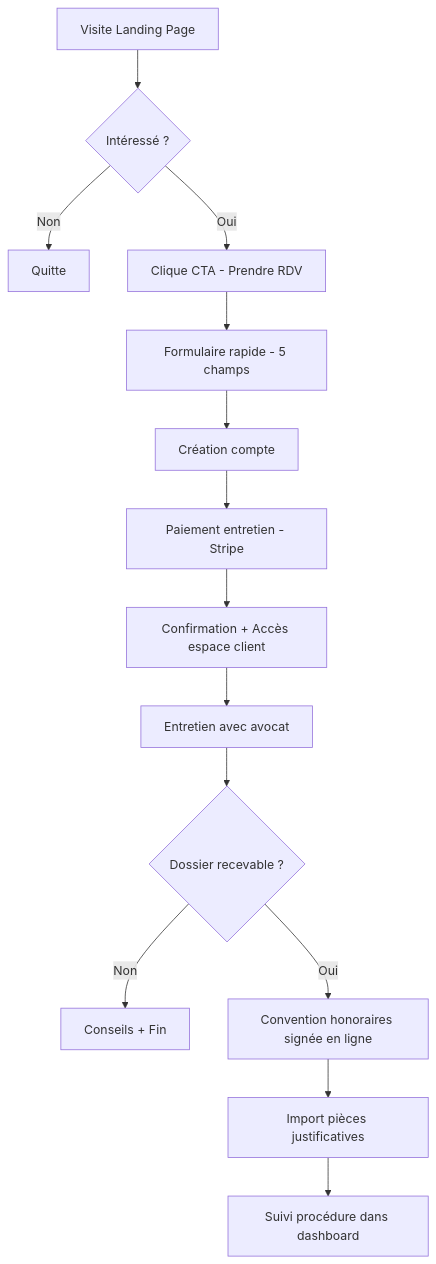
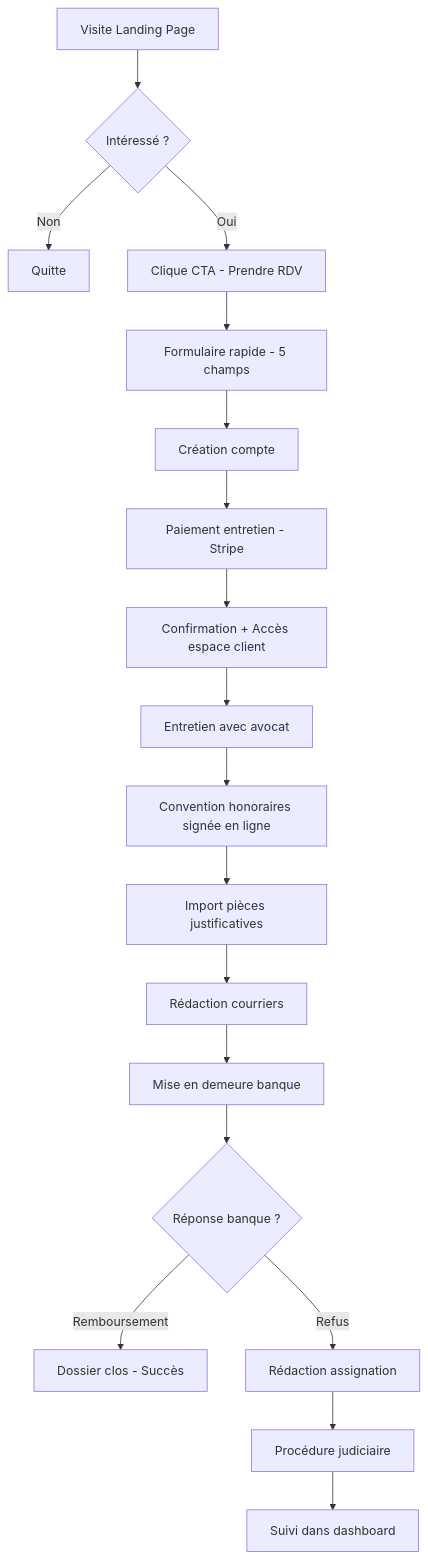
The first of 4 diagrams in README.md (NMajster/Corentin-app), drawn with Mermaid before and after one commit.

Commit message:
Update: Parcours juridique complet - courriers, mise en demeure, assignation

````diff
--- a/README.md
+++ b/README.md
@@ -61,16 +61,20 @@
 ```mermaid
 flowchart TD
     A[Visite Landing Page] --> B{Intéressé ?}
     B -->|Non| Z[Quitte]
     B -->|Oui| C[Clique CTA - Prendre RDV]
     C --> D[Formulaire rapide - 5 champs]
     D --> E[Création compte]
     E --> F[Paiement entretien - Stripe]
     F --> G[Confirmation + Accès espace client]
     G --> H[Entretien avec avocat]
-    H --> I{Dossier recevable ?}
-    I -->|Non| K[Conseils + Fin]
-    I -->|Oui| J[Convention honoraires signée en ligne]
-    J --> L[Import pièces justificatives]
-    L --> M[Suivi procédure dans dashboard]
+    H --> I[Convention honoraires signée en ligne]
+    I --> J[Import pièces justificatives]
+    J --> K[Rédaction courriers]
+    K --> L[Mise en demeure banque]
+    L --> M{Réponse banque ?}
+    M -->|Remboursement| N[Dossier clos - Succès]
+    M -->|Refus| O[Rédaction assignation]
+    O --> P[Procédure judiciaire]
+    P --> Q[Suivi dans dashboard]
 ```
````
